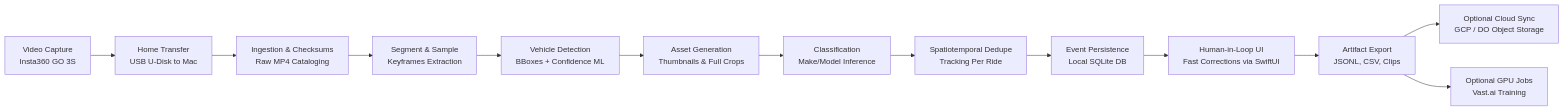
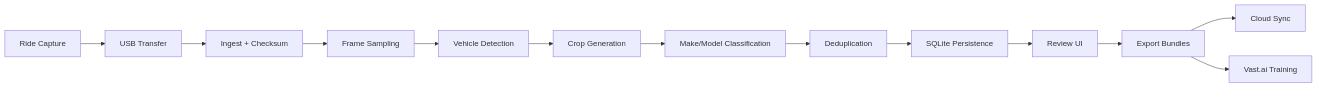
Before and after one commit to ParkWardRR/CurbScout: the first of 4 diagrams in README.md, drawn with Mermaid. The commit also changed other lines of this file, not shown here.

First line of the commit message:
docs: comprehensive README rewrite with full technical depth

````diff
--- a/README.md
+++ b/README.md
@@ -90,15 +73,15 @@
 ```mermaid
 flowchart LR
-  A[Video Capture\nInsta360 GO 3S] --> B[Home Transfer\nUSB U-Disk to Mac]
-  B --> C[Ingestion & Checksums\nRaw MP4 Cataloging]
-  C --> D[Segment & Sample\nKeyframes Extraction]
-  D --> E[Vehicle Detection\nBBoxes + Confidence ML]
-  E --> F[Asset Generation\nThumbnails & Full Crops]
-  F --> G[Classification\nMake/Model Inference]
-  G --> H[Spatiotemporal Dedupe\nTracking Per Ride]
-  H --> I[Event Persistence\nLocal SQLite DB]
-  I --> J[Human-in-Loop UI\nFast Corrections via SwiftUI]
-  J --> K[Artifact Export\nJSONL, CSV, Clips]
-  K --> L[Optional Cloud Sync\nGCP / DO Object Storage]
-  K --> M[Optional GPU Jobs\nVast.ai Training]
+    A["Ride Capture"] --> B["USB Transfer"]
+    B --> C["Ingest + Checksum"]
+    C --> D["Frame Sampling"]
+    D --> E["Vehicle Detection"]
+    E --> F["Crop Generation"]
+    F --> G["Make/Model Classification"]
+    G --> H["Deduplication"]
+    H --> I["SQLite Persistence"]
+    I --> J["Review UI"]
+    J --> K["Export Bundles"]
+    K --> L["Cloud Sync"]
+    K --> M["Vast.ai Training"]
 ```
````
